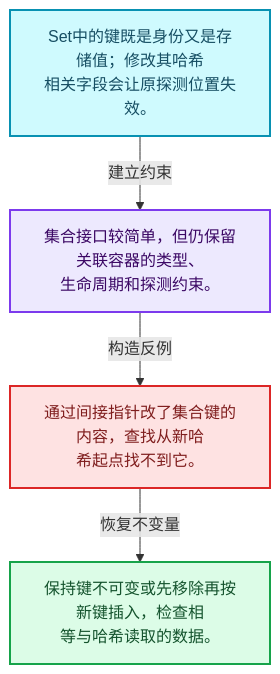
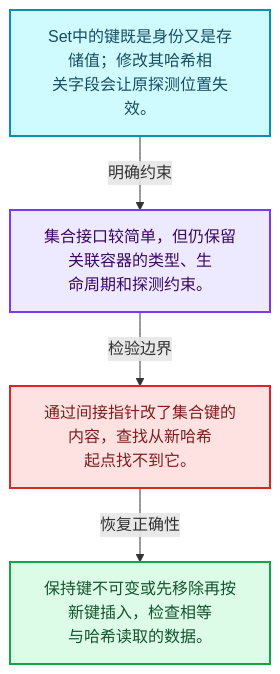
One commit to yunkezengren/blender-.vscode changed the first of 4 diagrams in 杂/markdown/全面学习-codex/02-哈希表与关联数据结构/08-Set与集合语义.md. Above: the diagram before and after it, drawn with Mermaid. The commit also changed other lines of this file and 1930 other files, not shown here.

````diff
--- a/杂/markdown/全面学习-codex/02-哈希表与关联数据结构/08-Set与集合语义.md
+++ b/杂/markdown/全面学习-codex/02-哈希表与关联数据结构/08-Set与集合语义.md
@@ -29,16 +29,16 @@
 ```mermaid
 flowchart TB
-  M["Set中的键既是身份又是存储值；修改其哈希<br/>相关字段会让原探测位置失效。"]:::data
-  T["集合接口较简单，但仍保留关联容器的类型、<br/>生命周期和探测约束。"]:::abstraction
-  X["通过间接指针改了集合键的内容，查找从新哈<br/>希起点找不到它。"]:::error
-  A["保持键不可变或先移除再按新键插入，检查相<br/>等与哈希读取的数据。"]:::result
-  M -->|"建立约束"| T
-  T -->|"构造反例"| X
-  X -->|"恢复不变量"| A
+  M["Set中的键既是身份又是存储值；修改其哈希相<br/>关字段会让原探测位置失效。"]:::data
+  C["集合接口较简单，但仍保留关联容器的类型、生<br/>命周期和探测约束。"]:::abstraction
+  B["通过间接指针改了集合键的内容，查找从新哈希<br/>起点找不到它。"]:::error
+  R["保持键不可变或先移除再按新键插入，检查相等<br/>与哈希读取的数据。"]:::result
+  M -->|"明确约束"| C
+  C -->|"检验边界"| B
+  B -->|"恢复正确性"| R
   classDef input fill:#DBEAFE,stroke:#2563EB,color:#172554,stroke-width:2px;
   classDef data fill:#CFFAFE,stroke:#0891B2,color:#164E63,stroke-width:2px;
   classDef abstraction fill:#EDE9FE,stroke:#7C3AED,color:#3B0764,stroke-width:2px;
   classDef compute fill:#FEF3C7,stroke:#D97706,color:#78350F,stroke-width:2px;
   classDef result fill:#DCFCE7,stroke:#16A34A,color:#14532D,stroke-width:2px;
   classDef error fill:#FEE2E2,stroke:#DC2626,color:#7F1D1D,stroke-width:2px;
 ```
````
